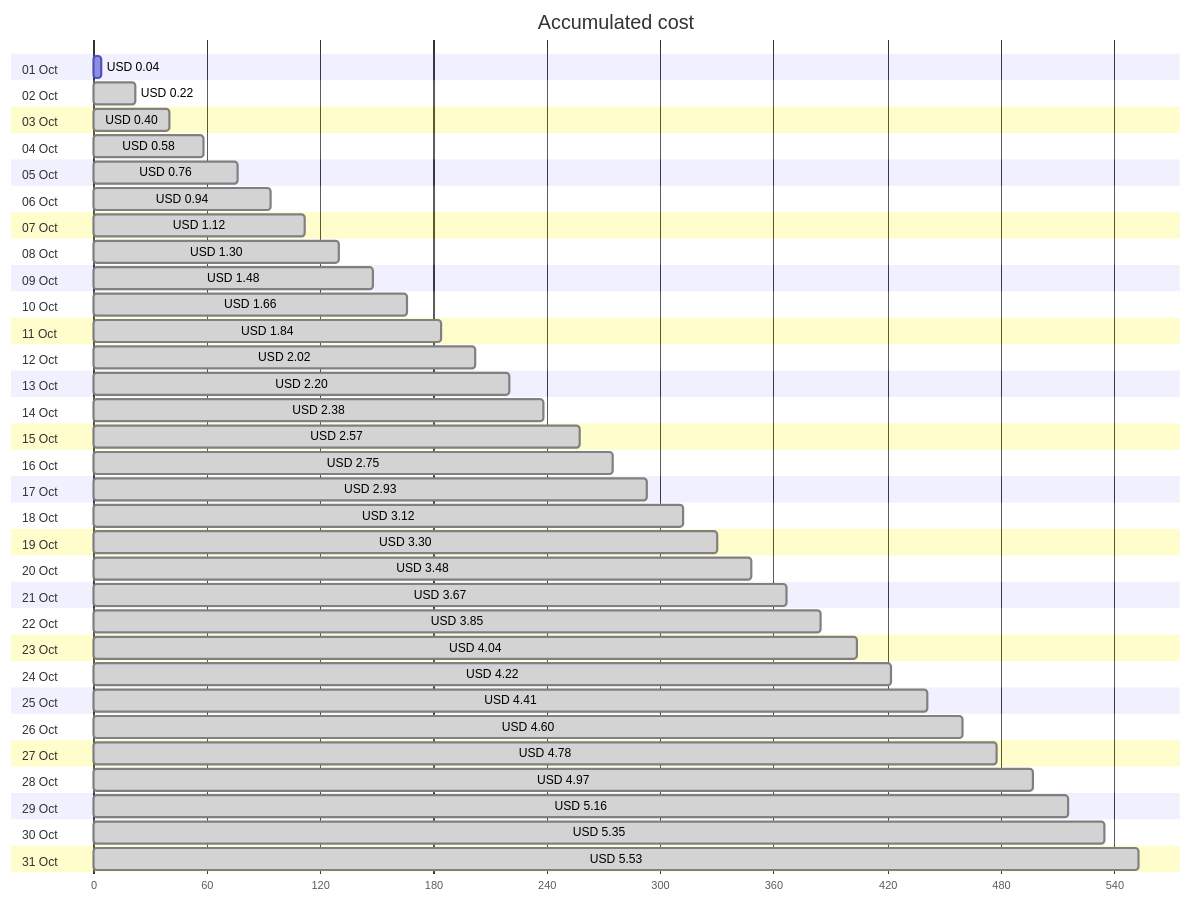
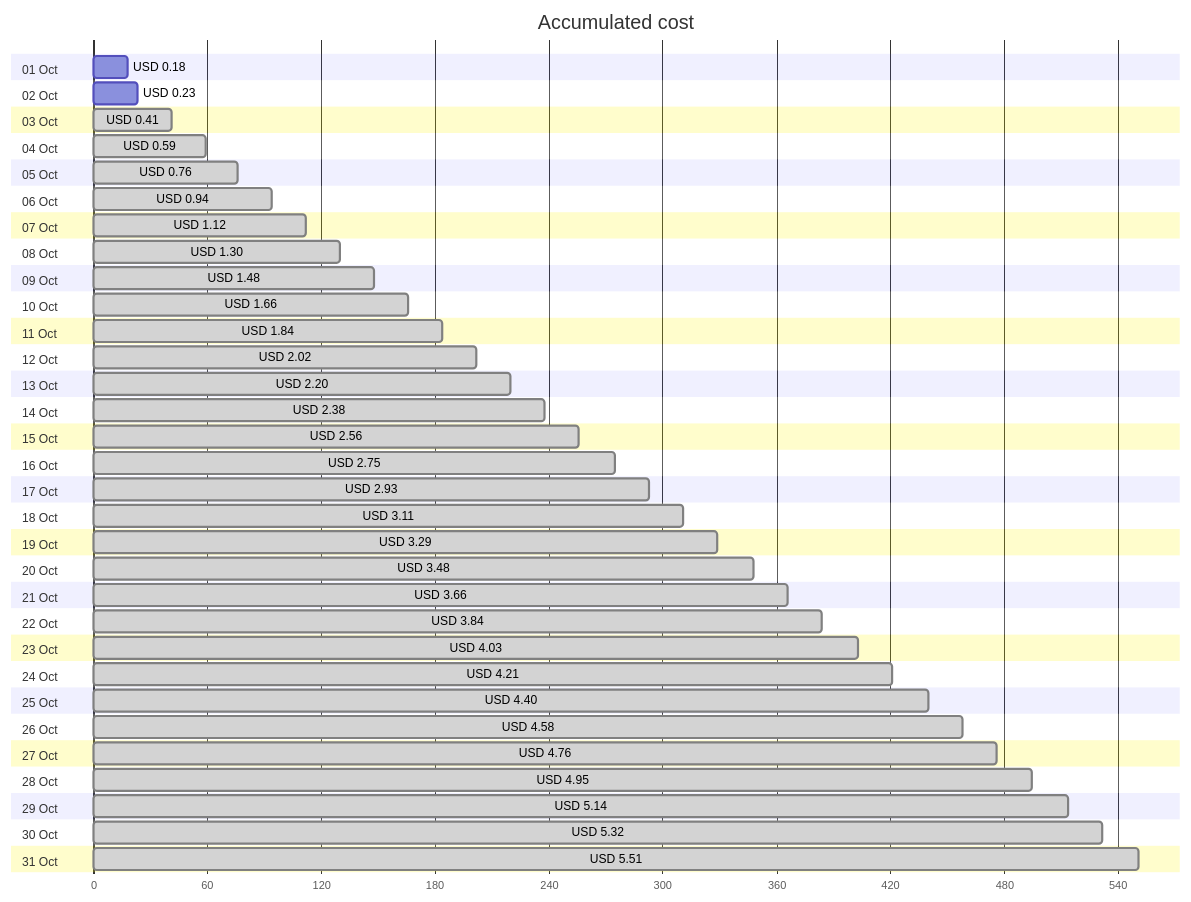
The first of 4 diagrams in cost-reports/personal-network/backup-server.md (jpfulton/azure-personal-reports), drawn with Mermaid before and after one commit. The commit also changed other lines of this file and 9 other files, not shown here.

````diff
--- a/cost-reports/personal-network/backup-server.md
+++ b/cost-reports/personal-network/backup-server.md
@@ -20,68 +20,68 @@
 ```mermaid
 gantt
    title Accumulated cost
    dateFormat  X
    axisFormat %s
    section 01 Oct
-   USD 0.04 :0, 4
+   USD 0.18 :0, 18
    section 02 Oct
-   USD 0.22 : done, 0, 22
+   USD 0.23 :0, 23
    section 03 Oct
-   USD 0.40 : done, 0, 40
+   USD 0.41 : done, 0, 41
    section 04 Oct
-   USD 0.58 : done, 0, 58
+   USD 0.59 : done, 0, 59
    section 05 Oct
    USD 0.76 : done, 0, 76
    section 06 Oct
    USD 0.94 : done, 0, 94
    section 07 Oct
    USD 1.12 : done, 0, 112
    section 08 Oct
    USD 1.30 : done, 0, 130
    section 09 Oct
    USD 1.48 : done, 0, 148
    section 10 Oct
    USD 1.66 : done, 0, 166
    section 11 Oct
    USD 1.84 : done, 0, 184
    section 12 Oct
    USD 2.02 : done, 0, 202
    section 13 Oct
    USD 2.20 : done, 0, 220
    section 14 Oct
    USD 2.38 : done, 0, 238
    section 15 Oct
-   USD 2.57 : done, 0, 257
+   USD 2.56 : done, 0, 256
    section 16 Oct
    USD 2.75 : done, 0, 275
    section 17 Oct
    USD 2.93 : done, 0, 293
    section 18 Oct
-   USD 3.12 : done, 0, 312
+   USD 3.11 : done, 0, 311
    section 19 Oct
-   USD 3.30 : done, 0, 330
+   USD 3.29 : done, 0, 329
    section 20 Oct
    USD 3.48 : done, 0, 348
    section 21 Oct
-   USD 3.67 : done, 0, 367
+   USD 3.66 : done, 0, 366
    section 22 Oct
-   USD 3.85 : done, 0, 385
+   USD 3.84 : done, 0, 384
    section 23 Oct
-   USD 4.04 : done, 0, 404
+   USD 4.03 : done, 0, 403
    section 24 Oct
-   USD 4.22 : done, 0, 422
+   USD 4.21 : done, 0, 421
    section 25 Oct
-   USD 4.41 : done, 0, 441
+   USD 4.40 : done, 0, 440
    section 26 Oct
-   USD 4.60 : done, 0, 460
+   USD 4.58 : done, 0, 458
    section 27 Oct
-   USD 4.78 : done, 0, 478
+   USD 4.76 : done, 0, 476
    section 28 Oct
-   USD 4.97 : done, 0, 497
+   USD 4.95 : done, 0, 495
    section 29 Oct
-   USD 5.16 : done, 0, 516
+   USD 5.14 : done, 0, 514
    section 30 Oct
-   USD 5.35 : done, 0, 535
+   USD 5.32 : done, 0, 532
    section 31 Oct
-   USD 5.53 : done, 0, 553
+   USD 5.51 : done, 0, 551
 ```
````
